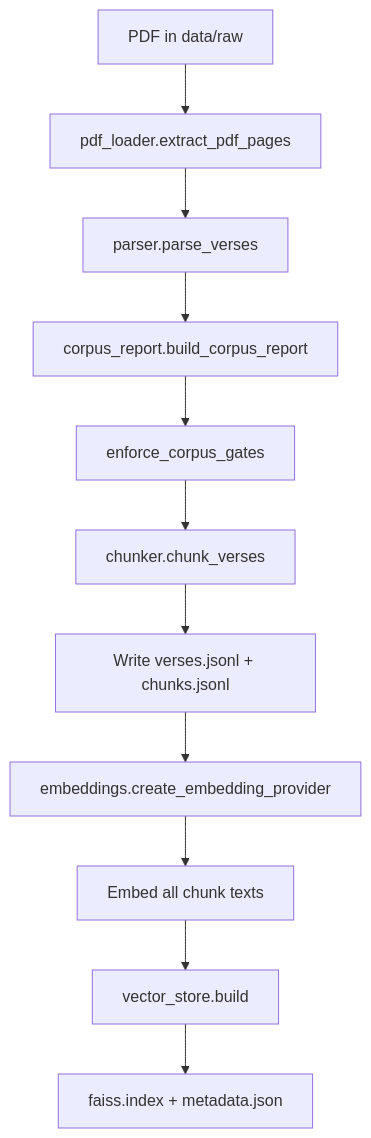
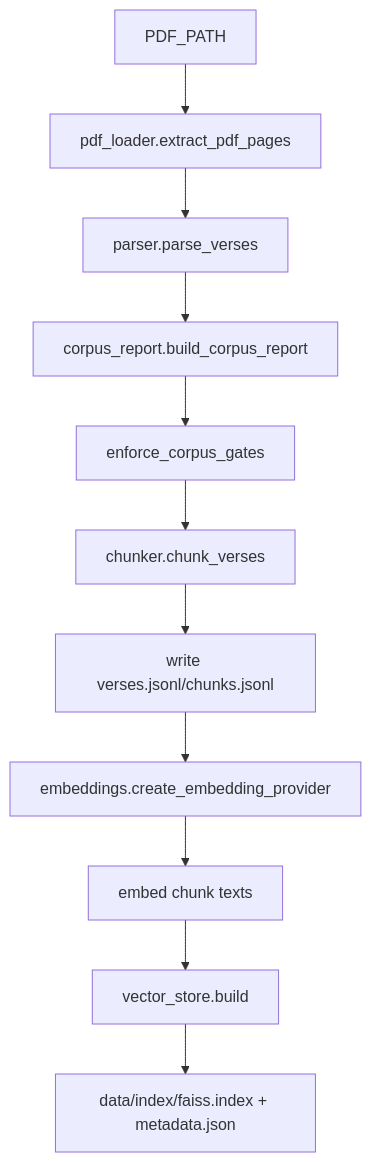
Before and after one commit to PavansaiBheemisetty/GitaGPT-Mentor: the fourth of 5 diagrams in RAG_DIAGRAMS_AND_CHEATSHEET.md, drawn with Mermaid. The commit also changed other lines of this file and 3 other files, not shown here.

````diff
--- a/RAG_DIAGRAMS_AND_CHEATSHEET.md
+++ b/RAG_DIAGRAMS_AND_CHEATSHEET.md
@@ -108,13 +119,13 @@
 ```mermaid
 flowchart TD
-    A[PDF in data/raw] --> B[pdf_loader.extract_pdf_pages]
+    A[PDF_PATH] --> B[pdf_loader.extract_pdf_pages]
     B --> C[parser.parse_verses]
     C --> D[corpus_report.build_corpus_report]
     D --> E[enforce_corpus_gates]
     E --> F[chunker.chunk_verses]
-    F --> G[Write verses.jsonl + chunks.jsonl]
+    F --> G[write verses.jsonl/chunks.jsonl]
     G --> H[embeddings.create_embedding_provider]
-    H --> I[Embed all chunk texts]
+    H --> I[embed chunk texts]
     I --> J[vector_store.build]
-    J --> K[faiss.index + metadata.json]
+    J --> K[data/index/faiss.index + metadata.json]
 ```
````
